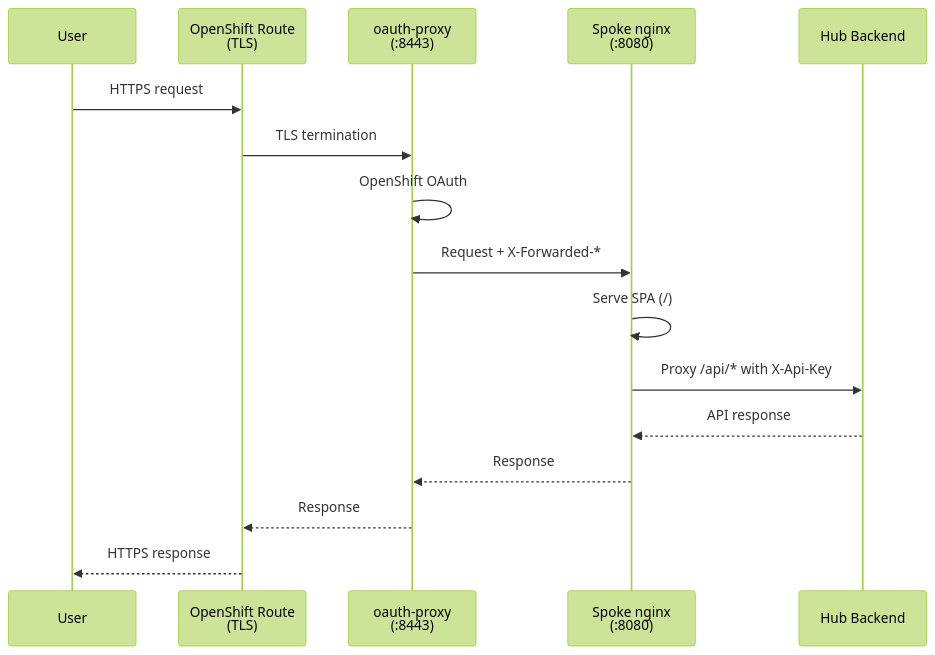
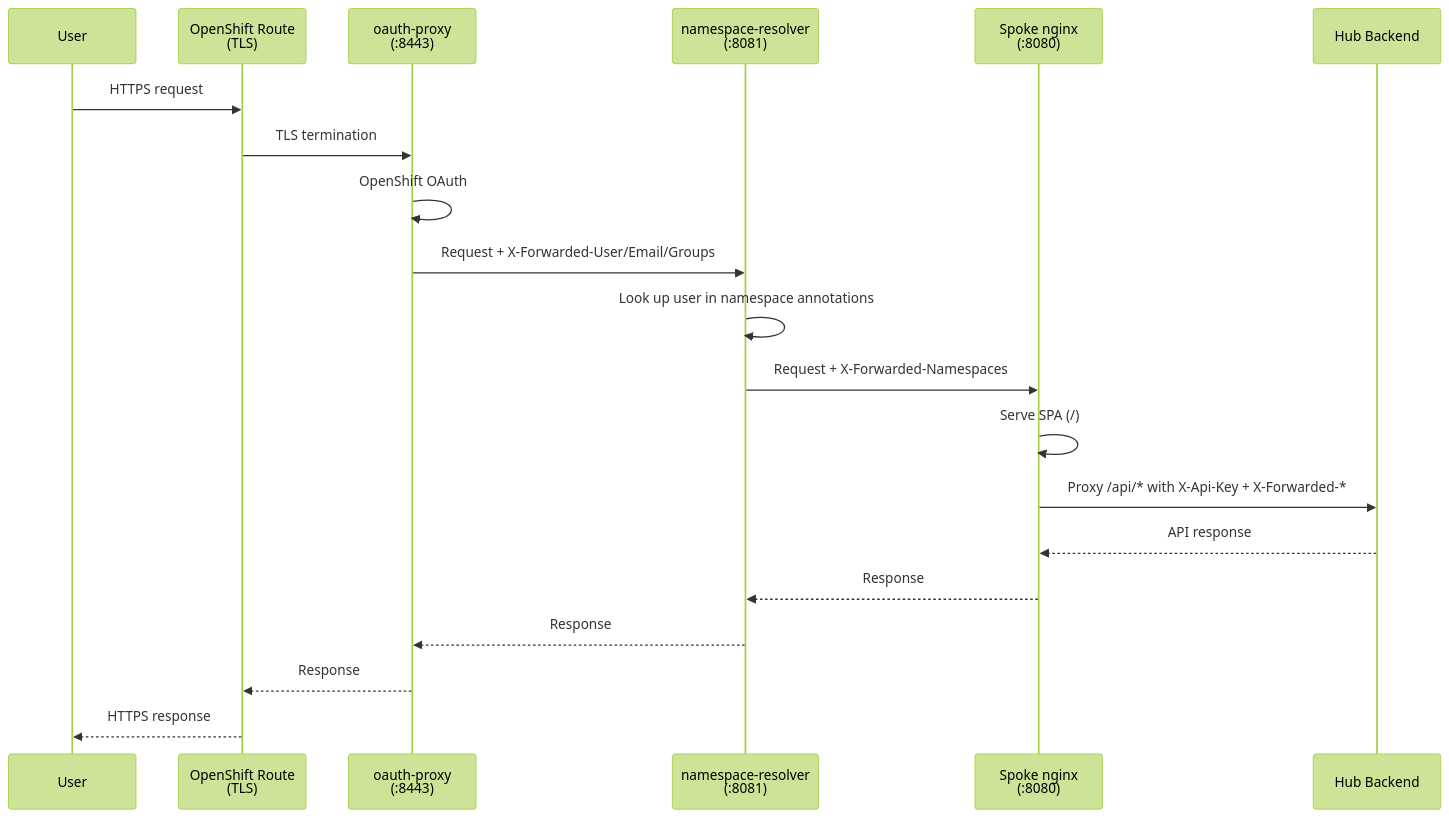
One commit to dadav/rhacs-manager changed the diagram in docs/deployment/spoke.md. Above: the diagram before and after it, drawn with Mermaid (forest theme). The commit also changed other lines of this file and 11 other files, not shown here.

````diff
--- a/docs/deployment/spoke.md
+++ b/docs/deployment/spoke.md
@@ -7,19 +7,23 @@
 ```mermaid
 sequenceDiagram
     participant User
     participant Route as OpenShift Route<br/>(TLS)
     participant OAuth as oauth-proxy<br/>(:8443)
+    participant NR as namespace-resolver<br/>(:8081)
     participant Nginx as Spoke nginx<br/>(:8080)
     participant Hub as Hub Backend
 
     User->>Route: HTTPS request
     Route->>OAuth: TLS termination
     OAuth->>OAuth: OpenShift OAuth
-    OAuth->>Nginx: Request + X-Forwarded-*
+    OAuth->>NR: Request + X-Forwarded-User/Email/Groups
+    NR->>NR: Look up user in namespace annotations
+    NR->>Nginx: Request + X-Forwarded-Namespaces
     Nginx->>Nginx: Serve SPA (/)
-    Nginx->>Hub: Proxy /api/* with X-Api-Key
+    Nginx->>Hub: Proxy /api/* with X-Api-Key + X-Forwarded-*
     Hub-->>Nginx: API response
-    Nginx-->>OAuth: Response
+    Nginx-->>NR: Response
+    NR-->>OAuth: Response
     OAuth-->>Route: Response
     Route-->>User: HTTPS response
 ```
````
